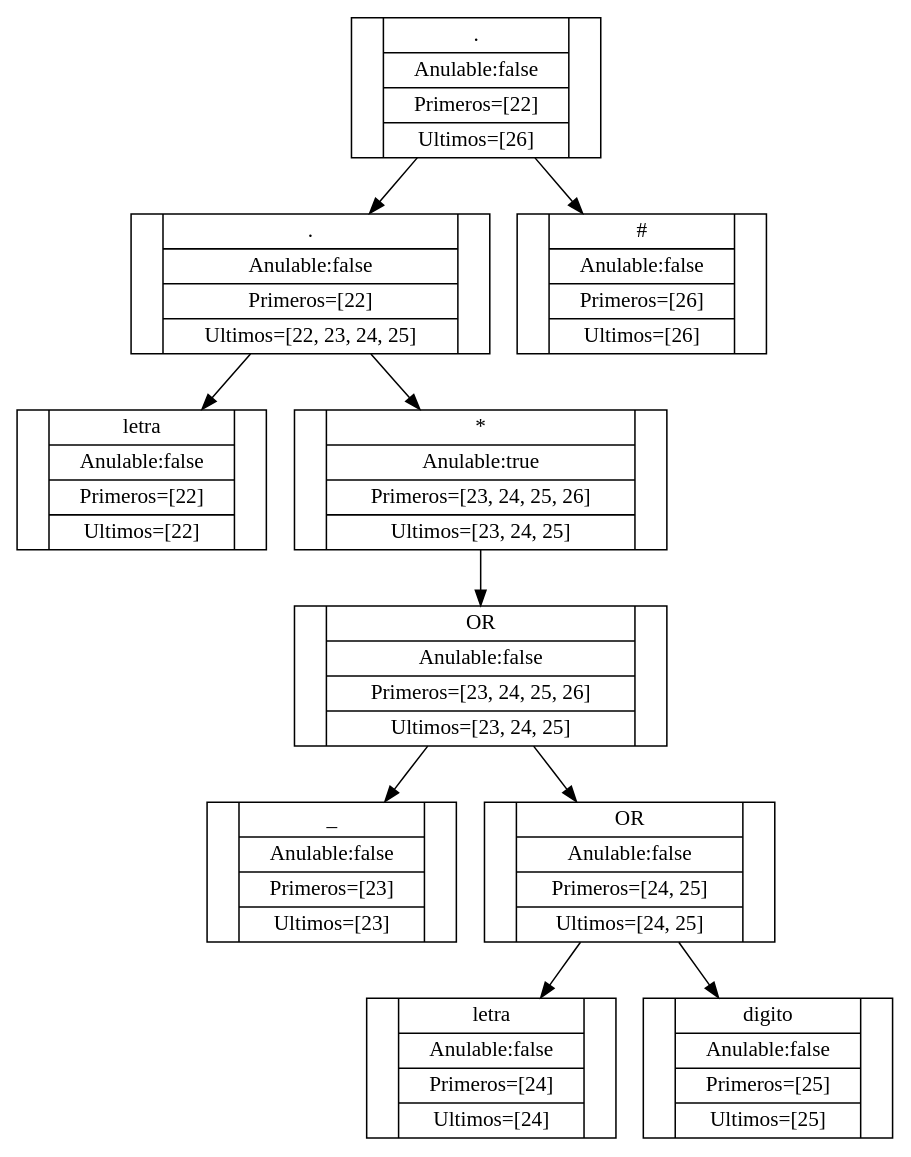
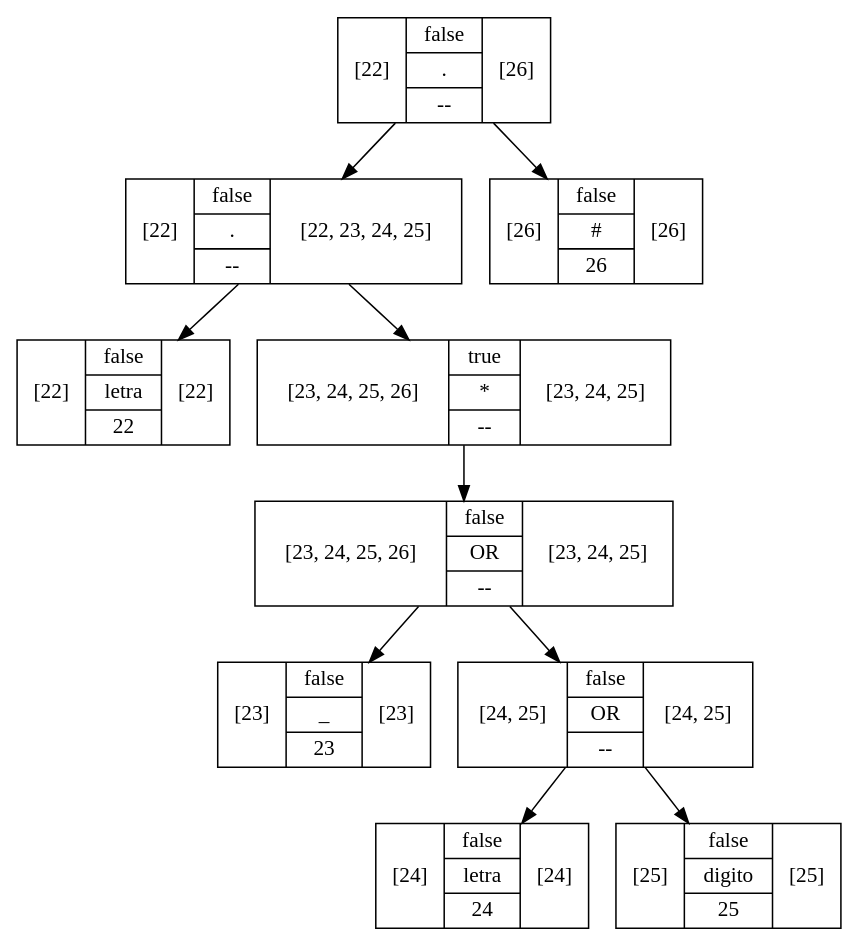
One commit to JeffMendez/OCL_Proyecto1_201901557 changed the diagram in Regexive/archivos/ARBOLES_201901557/ExpReg1.dot. Above: the diagram before and after it, drawn with Graphviz. The commit also changed 31 other files, not shown here.

```diff
--- a/Regexive/archivos/ARBOLES_201901557/ExpReg1.dot
+++ b/Regexive/archivos/ARBOLES_201901557/ExpReg1.dot
@@ -1,21 +1,21 @@
 digraph G {
-300514802 [shape=record label="<IZQ>|{letra|Anulable:false|Primeros=[22]|Ultimos=[22]}|<DER>"];
-1379896620 [shape=record label="<IZQ>|{_|Anulable:false|Primeros=[23]|Ultimos=[23]}|<DER>"];
-267101183 [shape=record label="<IZQ>|{letra|Anulable:false|Primeros=[24]|Ultimos=[24]}|<DER>"];
-1443332753 [shape=record label="<IZQ>|{digito|Anulable:false|Primeros=[25]|Ultimos=[25]}|<DER>"];
-207319886 [shape=record label="<IZQ>|{OR|Anulable:false|Primeros=[24, 25]|Ultimos=[24, 25]}|<DER>"];
-207319886 -> 267101183
-207319886 -> 1443332753
-581163268 [shape=record label="<IZQ>|{OR|Anulable:false|Primeros=[23, 24, 25, 26]|Ultimos=[23, 24, 25]}|<DER>"];
-581163268 -> 1379896620
-581163268 -> 207319886
-1879405300 [shape=record label="<IZQ>|{*|Anulable:true|Primeros=[23, 24, 25, 26]|Ultimos=[23, 24, 25]}|<DER>"];
-1879405300 -> 581163268
-452748655 [shape=record label="<IZQ>|{.|Anulable:false|Primeros=[22]|Ultimos=[22, 23, 24, 25]}|<DER>"];
-452748655 -> 300514802
-452748655 -> 1879405300
-1298838653 [shape=record label="<IZQ>|{#|Anulable:false|Primeros=[26]|Ultimos=[26]}|<DER>"];
-1899839277 [shape=record label="<IZQ>|{.|Anulable:false|Primeros=[22]|Ultimos=[26]}|<DER>"];
-1899839277 -> 452748655
-1899839277 -> 1298838653
+604412951 [shape=record label="[22] |{ false | letra | 22 }| [22]"];
+1733512731 [shape=record label="[23] |{ false | _ | 23 }| [23]"];
+2146643179 [shape=record label="[24] |{ false | letra | 24 }| [24]"];
+1214912457 [shape=record label="[25] |{ false | digito | 25 }| [25]"];
+1478282487 [shape=record label="[24, 25] |{ false | OR | -- }| [24, 25]"];
+1478282487 -> 2146643179
+1478282487 -> 1214912457
+625111673 [shape=record label="[23, 24, 25, 26] |{ false | OR | -- }| [23, 24, 25]"];
+625111673 -> 1733512731
+625111673 -> 1478282487
+1135646286 [shape=record label="[23, 24, 25, 26] |{ true | * | -- }| [23, 24, 25]"];
+1135646286 -> 625111673
+1543247278 [shape=record label="[22] |{ false | . | -- }| [22, 23, 24, 25]"];
+1543247278 -> 604412951
+1543247278 -> 1135646286
+1698234706 [shape=record label="[26] |{ false | # | 26 }| [26]"];
+1407084086 [shape=record label="[22] |{ false | . | -- }| [26]"];
+1407084086 -> 1543247278
+1407084086 -> 1698234706
 }
```
